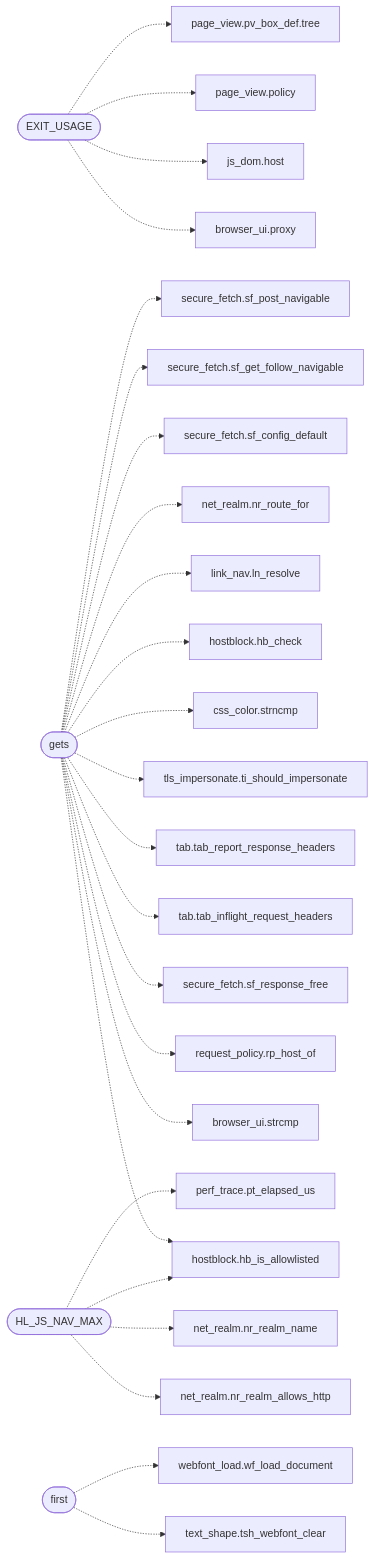
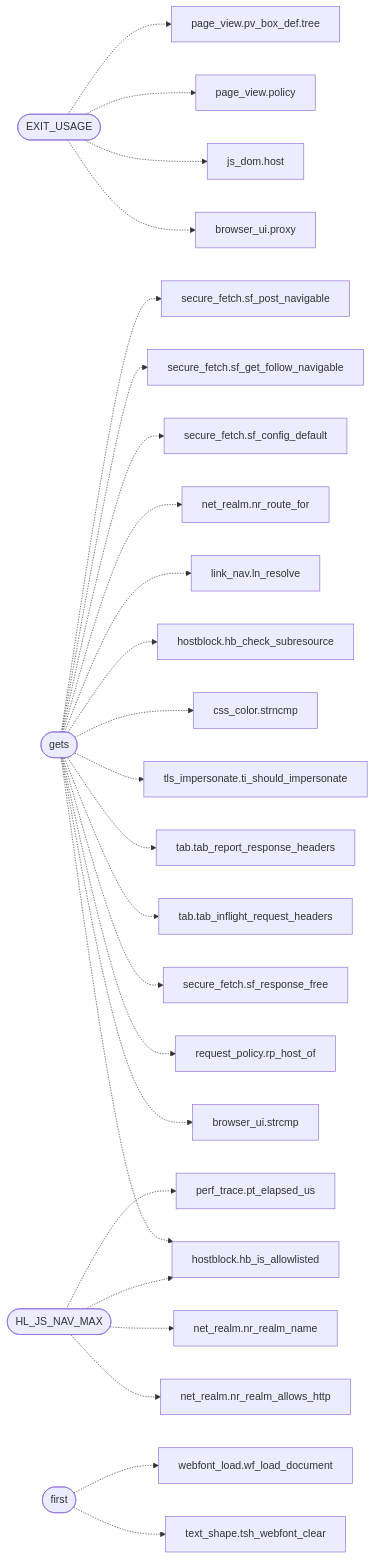
Before and after one commit to grisuno/FreeDom: the diagram in readmenator-apidocs/modules/src.freedom.c.md, drawn with Mermaid. The commit also changed other lines of this file and 279 other files, not shown here.

````diff
--- a/readmenator-apidocs/modules/src.freedom.c.md
+++ b/readmenator-apidocs/modules/src.freedom.c.md
@@ -15,54 +15,54 @@
 ```mermaid
 flowchart LR
     n_src_freedom_c__EXIT_USAGE(["EXIT_USAGE"])
     n_gui_browser_ui_c__proxy["browser_ui.proxy"]
     n_include_js_dom_h__host["js_dom.host"]
     n_include_page_view_h__policy["page_view.policy"]
     n_include_page_view_h__pv_box_def_tree["page_view.pv_box_def.tree"]
     n_src_freedom_c__gets(["gets"])
     n_gui_browser_ui_c__strcmp["browser_ui.strcmp"]
     n_include_hostblock_h__hb_is_allowlisted["hostblock.hb_is_allowlisted"]
     n_include_request_policy_h__rp_host_of["request_policy.rp_host_of"]
     n_include_secure_fetch_h__sf_response_free["secure_fetch.sf_response_free"]
     n_include_tab_h__tab_inflight_request_headers["tab.tab_inflight_request_headers"]
     n_include_tab_h__tab_report_response_headers["tab.tab_report_response_headers"]
     n_include_tls_impersonate_h__ti_should_impersonate["tls_impersonate.ti_should_impersonate"]
     n_src_css_color_c__strncmp["css_color.strncmp"]
-    n_src_hostblock_c__hb_check["hostblock.hb_check"]
+    n_src_hostblock_c__hb_check_subresource["hostblock.hb_check_subresource"]
     n_src_link_nav_c__ln_resolve["link_nav.ln_resolve"]
     n_src_net_realm_c__nr_route_for["net_realm.nr_route_for"]
     n_src_secure_fetch_c__sf_config_default["secure_fetch.sf_config_default"]
     n_src_secure_fetch_c__sf_get_follow_navigable["secure_fetch.sf_get_follow_navigable"]
     n_src_secure_fetch_c__sf_post_navigable["secure_fetch.sf_post_navigable"]
     n_src_freedom_c__first(["first"])
     n_include_text_shape_h__tsh_webfont_clear["text_shape.tsh_webfont_clear"]
     n_src_webfont_load_c__wf_load_document["webfont_load.wf_load_document"]
     n_src_freedom_c__HL_JS_NAV_MAX(["HL_JS_NAV_MAX"])
     n_include_net_realm_h__nr_realm_allows_http["net_realm.nr_realm_allows_http"]
     n_include_net_realm_h__nr_realm_name["net_realm.nr_realm_name"]
     n_include_perf_trace_h__pt_elapsed_us["perf_trace.pt_elapsed_us"]
     n_src_freedom_c__EXIT_USAGE -.-> n_gui_browser_ui_c__proxy
     n_src_freedom_c__EXIT_USAGE -.-> n_include_js_dom_h__host
     n_src_freedom_c__EXIT_USAGE -.-> n_include_page_view_h__policy
     n_src_freedom_c__EXIT_USAGE -.-> n_include_page_view_h__pv_box_def_tree
     n_src_freedom_c__gets -.-> n_gui_browser_ui_c__strcmp
     n_src_freedom_c__gets -.-> n_include_hostblock_h__hb_is_allowlisted
     n_src_freedom_c__gets -.-> n_include_request_policy_h__rp_host_of
     n_src_freedom_c__gets -.-> n_include_secure_fetch_h__sf_response_free
     n_src_freedom_c__gets -.-> n_include_tab_h__tab_inflight_request_headers
     n_src_freedom_c__gets -.-> n_include_tab_h__tab_report_response_headers
     n_src_freedom_c__gets -.-> n_include_tls_impersonate_h__ti_should_impersonate
     n_src_freedom_c__gets -.-> n_src_css_color_c__strncmp
-    n_src_freedom_c__gets -.-> n_src_hostblock_c__hb_check
+    n_src_freedom_c__gets -.-> n_src_hostblock_c__hb_check_subresource
     n_src_freedom_c__gets -.-> n_src_link_nav_c__ln_resolve
     n_src_freedom_c__gets -.-> n_src_net_realm_c__nr_route_for
     n_src_freedom_c__gets -.-> n_src_secure_fetch_c__sf_config_default
     n_src_freedom_c__gets -.-> n_src_secure_fetch_c__sf_get_follow_navigable
     n_src_freedom_c__gets -.-> n_src_secure_fetch_c__sf_post_navigable
     n_src_freedom_c__first -.-> n_include_text_shape_h__tsh_webfont_clear
     n_src_freedom_c__first -.-> n_src_webfont_load_c__wf_load_document
     n_src_freedom_c__HL_JS_NAV_MAX -.-> n_include_hostblock_h__hb_is_allowlisted
     n_src_freedom_c__HL_JS_NAV_MAX -.-> n_include_net_realm_h__nr_realm_allows_http
     n_src_freedom_c__HL_JS_NAV_MAX -.-> n_include_net_realm_h__nr_realm_name
     n_src_freedom_c__HL_JS_NAV_MAX -.-> n_include_perf_trace_h__pt_elapsed_us
 ```
````
